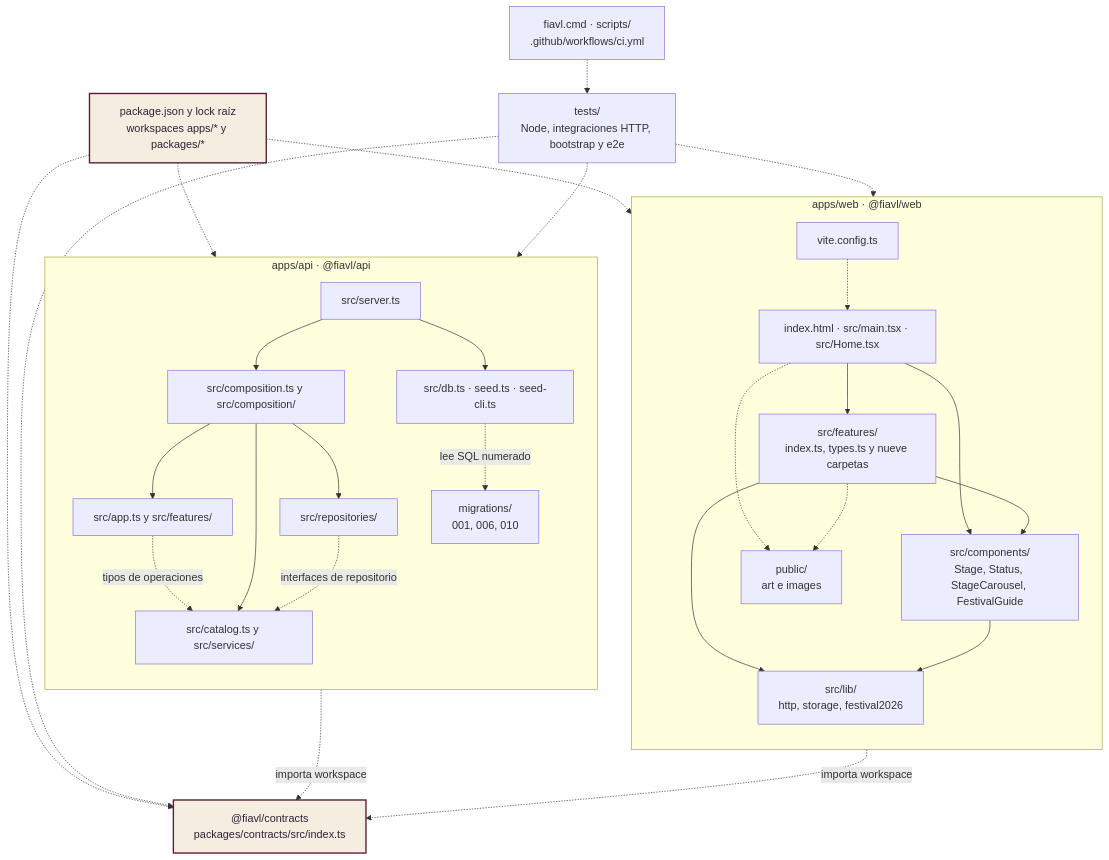
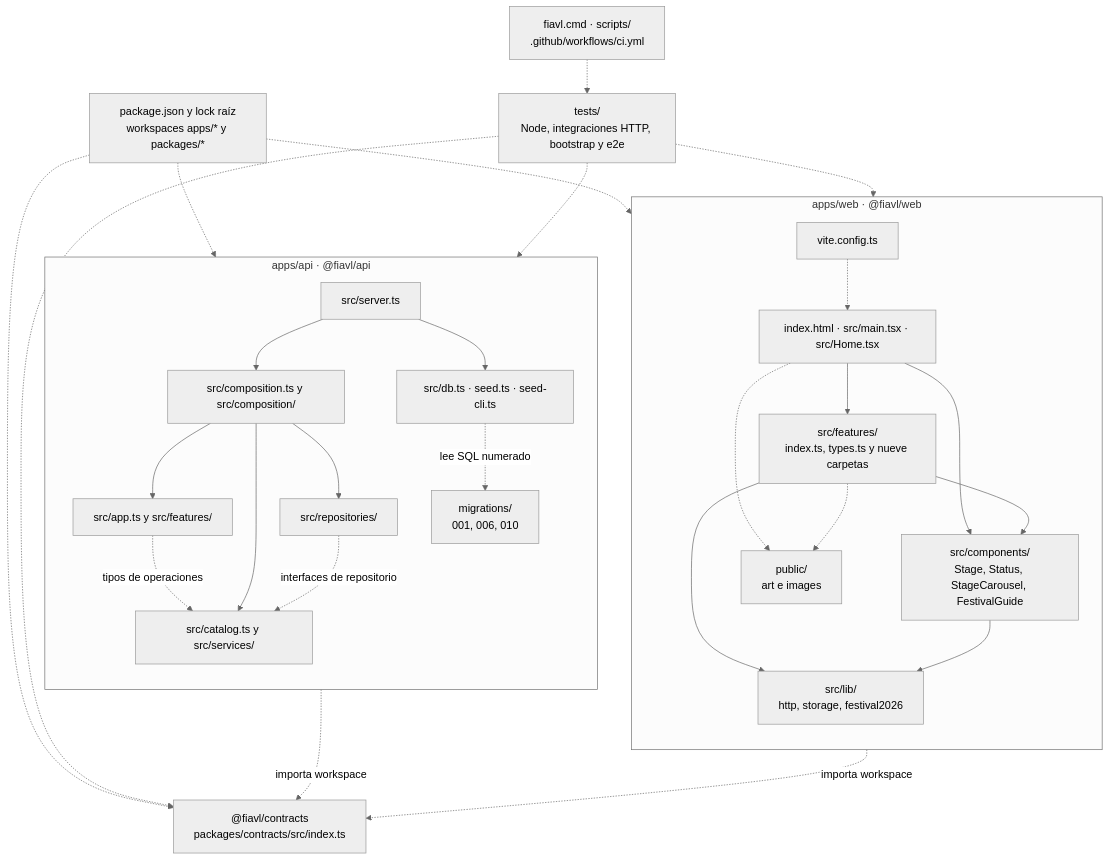
One commit to magomez36/FIAVL_Arquitectura-de-Software changed the second of 2 diagrams in docs/architecture/02-vista-desarrollo.md. Above: the diagram before and after it, drawn with Mermaid. The commit also changed other lines of this file and 143 other files, not shown here.

Commit message:
docs(architecture): simplifica documentacion y corrige exportacion completa del PDF

````diff
--- a/docs/architecture/02-vista-desarrollo.md
+++ b/docs/architecture/02-vista-desarrollo.md
@@ -53,53 +55,55 @@
 ```mermaid
+---
+config:
+  theme: neutral
+---
 flowchart TB
   ROOT["package.json y lock raíz<br/>workspaces apps/* y packages/*"]
   subgraph W["apps/web · @fiavl/web"]
     direction TB
     ENTRY["index.html · src/main.tsx · src/Home.tsx"]
     FE["src/features/<br/>index.ts, types.ts y nueve carpetas"]
     CO["src/components/<br/>Stage, Status, StageCarousel, FestivalGuide"]
     LIB["src/lib/<br/>http, storage, festival2026"]
     PUB["public/<br/>art e images"]
     WC["vite.config.ts"]
     ENTRY --> FE
     ENTRY --> CO
     FE --> CO
     FE --> LIB
     CO --> LIB
     WC -.-> ENTRY
     ENTRY -.-> PUB
     FE -.-> PUB
   end
   subgraph A["apps/api · @fiavl/api"]
     direction TB
     SERVER["src/server.ts"]
     CMAIN["src/composition.ts y src/composition/"]
     HT["src/app.ts y src/features/"]
     SVC["src/catalog.ts y src/services/"]
     REP["src/repositories/"]
     DBC["src/db.ts · seed.ts · seed-cli.ts"]
     MIG["migrations/<br/>001, 006, 010"]
     SERVER --> CMAIN
     SERVER --> DBC
     CMAIN --> HT
     CMAIN --> SVC
     CMAIN --> REP
     HT -.->|tipos de operaciones| SVC
     REP -.->|interfaces de repositorio| SVC
     DBC -.->|lee SQL numerado| MIG
   end
   P["@fiavl/contracts<br/>packages/contracts/src/index.ts"]
   T["tests/<br/>Node, integraciones HTTP, bootstrap y e2e"]
   CI["fiavl.cmd · scripts/<br/>.github/workflows/ci.yml"]
   ROOT -.-> W
   ROOT -.-> A
   ROOT -.-> P
   A -.->|importa workspace| P
   W -.->|importa workspace| P
   T -.-> W
   T -.-> A
   T -.-> P
   CI -.-> T
-  classDef accent fill:#F5EDE0,stroke:#591C37,color:#302237,stroke-width:2px
-  class ROOT,P accent
 ```
````
